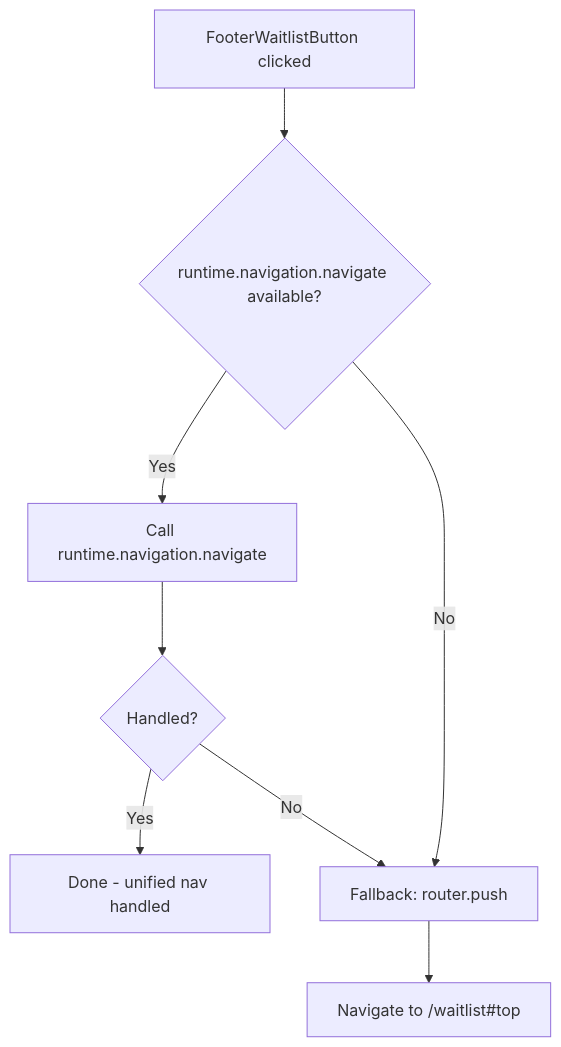
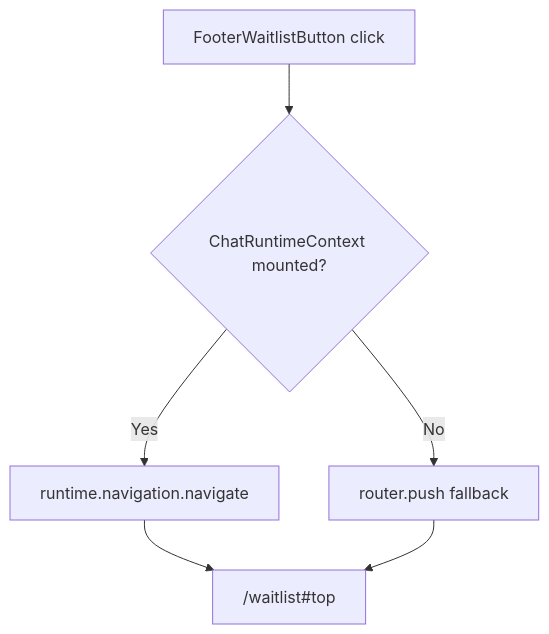
Before and after one commit to flamingo-stack/openframe-oss-lib: the diagram in openframe-frontend-core/src/components/.footer-waitlist-button.md, drawn with Mermaid. The commit also changed other lines of this file and 401 other files, not shown here.

````diff
--- a/openframe-frontend-core/src/components/.footer-waitlist-button.md
+++ b/openframe-frontend-core/src/components/.footer-waitlist-button.md
@@ -36,10 +16,8 @@
 ```mermaid
 graph TD
-    A["FooterWaitlistButton clicked"] --> B{"runtime.navigation.navigate available?"}
-    B -->|Yes| C["Call runtime.navigation.navigate"]
-    C --> D{"Handled?"}
-    D -->|Yes| E["Done - unified nav handled"]
-    D -->|No| F["Fallback: router.push"]
-    B -->|No| F
-    F --> G["Navigate to /waitlist#top"]
+    A["FooterWaitlistButton click"] --> B{"ChatRuntimeContext mounted?"}
+    B -->|"Yes"| C["runtime.navigation.navigate"]
+    B -->|"No"| D["router.push fallback"]
+    C --> E["/waitlist#top"]
+    D --> E
 ```
````
